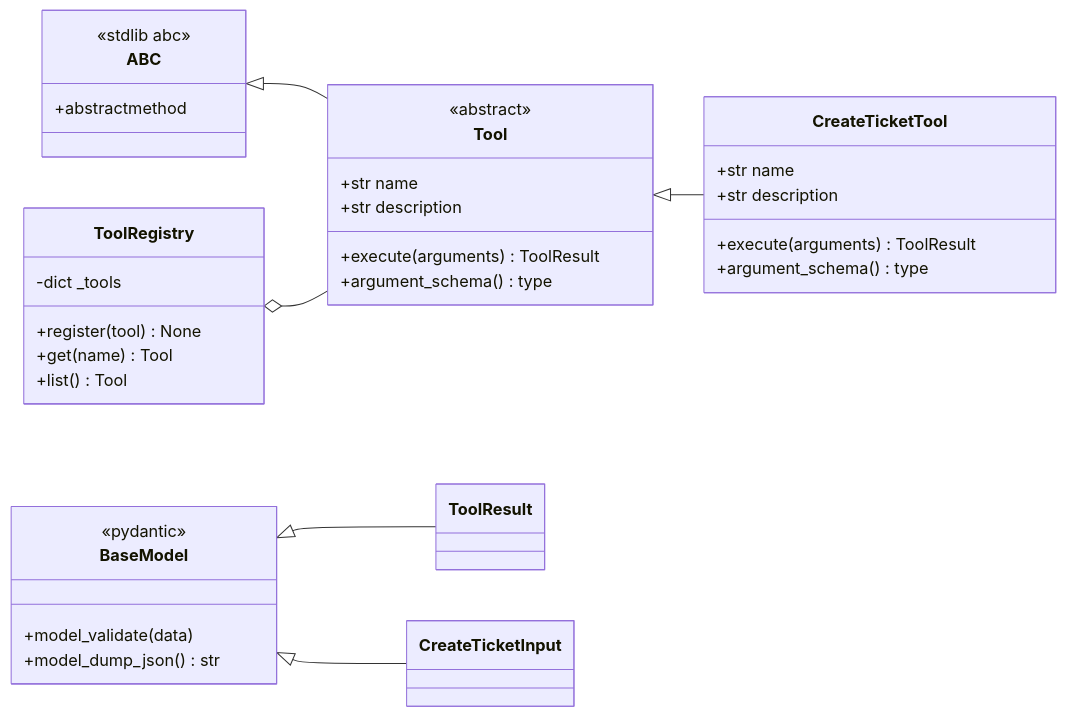
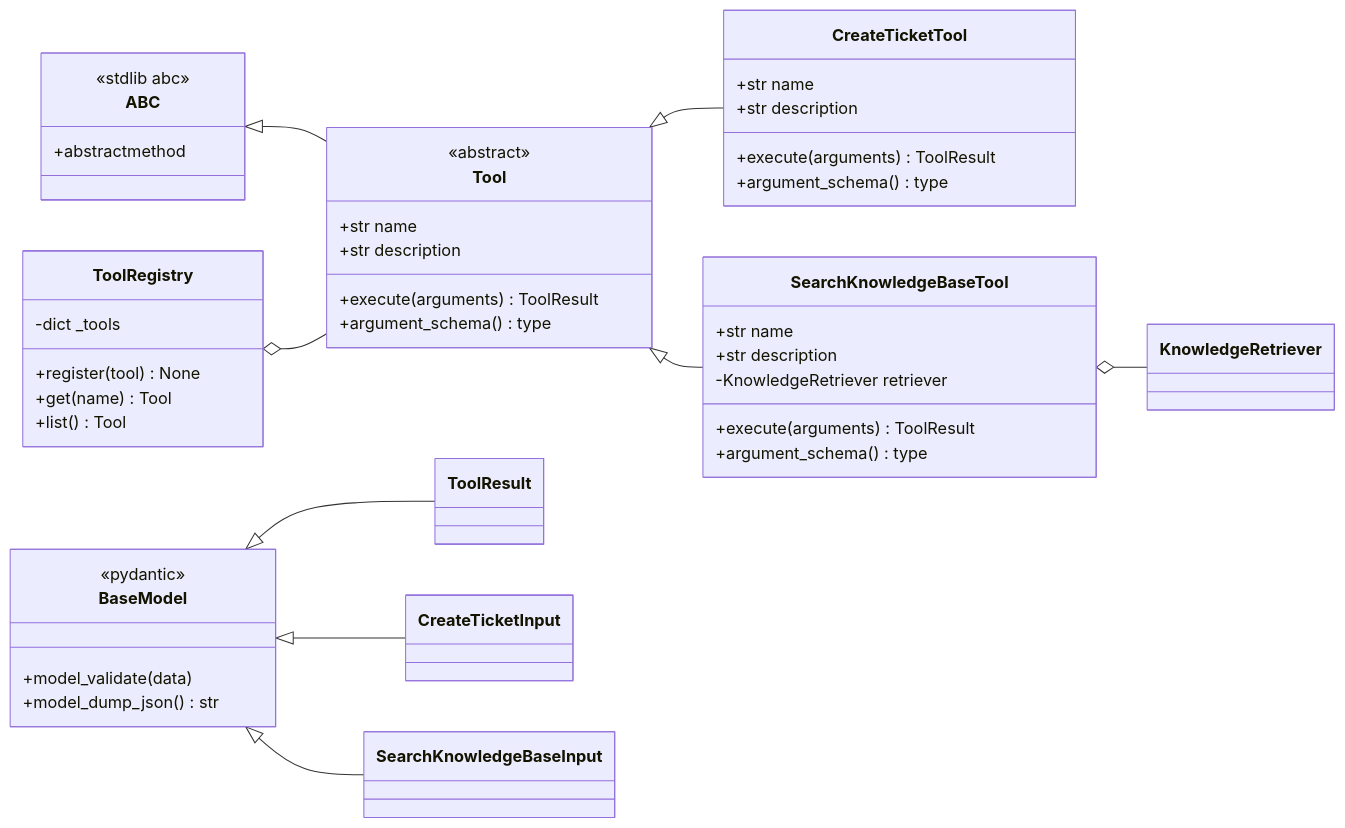
Before and after one commit to mezni/data-helpers: the second of 4 diagrams in docs/class-diagram.md, drawn with Mermaid. The commit also changed other lines of this file and 14 other files, not shown here.

````diff
--- a/docs/class-diagram.md
+++ b/docs/class-diagram.md
@@ -180,43 +255,54 @@
 ```mermaid
 classDiagram
     direction LR
 
     class ABC {
         <<stdlib abc>>
         +abstractmethod
     }
 
     class BaseModel {
         <<pydantic>>
         +model_validate(data)
         +model_dump_json() str
     }
 
     class Tool {
         <<abstract>>
         +str name
         +str description
         +execute(arguments) ToolResult
         +argument_schema() type
     }
 
     class CreateTicketTool {
         +str name
         +str description
         +execute(arguments) ToolResult
         +argument_schema() type
     }
 
+    class SearchKnowledgeBaseTool {
+        +str name
+        +str description
+        -KnowledgeRetriever retriever
+        +execute(arguments) ToolResult
+        +argument_schema() type
+    }
+
     class ToolRegistry {
         -dict _tools
         +register(tool) None
         +get(name) Tool
         +list() Tool
     }
 
     ABC <|-- Tool
     Tool <|-- CreateTicketTool
+    Tool <|-- SearchKnowledgeBaseTool
     BaseModel <|-- ToolResult
     BaseModel <|-- CreateTicketInput
+    BaseModel <|-- SearchKnowledgeBaseInput
     ToolRegistry o-- Tool
+    SearchKnowledgeBaseTool o-- KnowledgeRetriever
 ```
````
